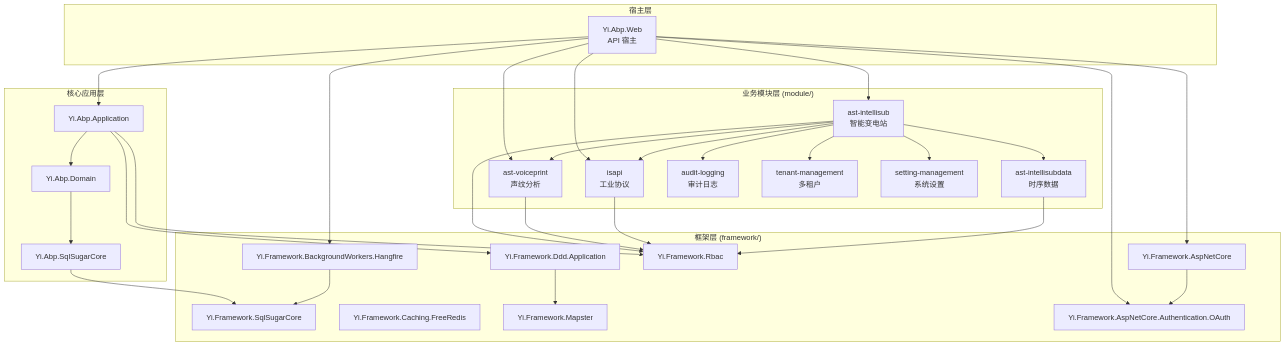
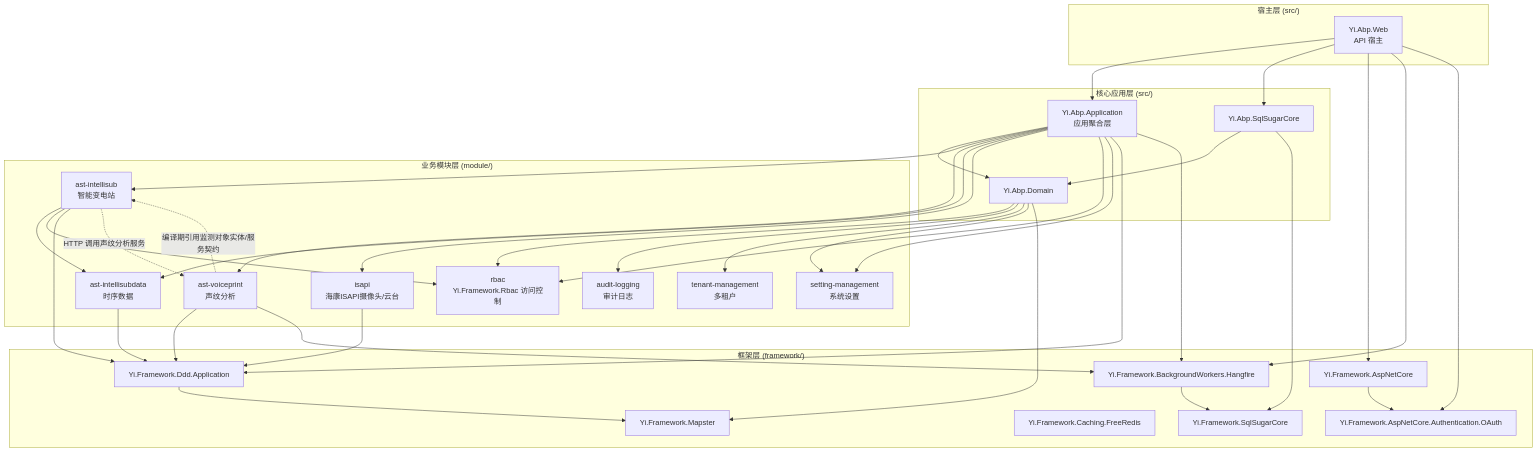
One commit to Zhoutenong/Obsidian_Voiceprint changed the diagram in voiceprint_backend_docs/Architecture/模块依赖关系.md. Above: the diagram before and after it, drawn with Mermaid. The commit also changed other lines of this file and 2 other files, not shown here.

````diff
--- a/voiceprint_backend_docs/Architecture/模块依赖关系.md
+++ b/voiceprint_backend_docs/Architecture/模块依赖关系.md
@@ -9,66 +11,73 @@
 ```mermaid
 graph TD
-    subgraph "宿主层"
+    subgraph "宿主层 (src/)"
         Web[Yi.Abp.Web<br/>API 宿主]
     end
 
-    subgraph "核心应用层"
-        App[Yi.Abp.Application]
+    subgraph "核心应用层 (src/)"
+        App[Yi.Abp.Application<br/>应用聚合层]
         Domain[Yi.Abp.Domain]
         SqlSugarCore[Yi.Abp.SqlSugarCore]
     end
 
     subgraph "框架层 (framework/)"
         AspNetCore[Yi.Framework.AspNetCore]
         BackgroundWorkers[Yi.Framework.BackgroundWorkers.Hangfire]
-        RbacFramework[Yi.Framework.Rbac]
         SqlSugarFramework[Yi.Framework.SqlSugarCore]
         CacheFramework[Yi.Framework.Caching.FreeRedis]
         DddAppFramework[Yi.Framework.Ddd.Application]
         MapsterFramework[Yi.Framework.Mapster]
         OAuthFramework[Yi.Framework.AspNetCore.Authentication.OAuth]
     end
 
     subgraph "业务模块层 (module/)"
         IntelliSub[ast-intellisub<br/>智能变电站]
         Voiceprint[ast-voiceprint<br/>声纹分析]
         IntelliSubData[ast-intellisubdata<br/>时序数据]
-        ISAPI[isapi<br/>工业协议]
+        ISAPI[isapi<br/>海康ISAPI摄像头/云台]
+        Rbac[rbac<br/>Yi.Framework.Rbac 访问控制]
         AuditLogging[audit-logging<br/>审计日志]
         TenantManagement[tenant-management<br/>多租户]
         SettingManagement[setting-management<br/>系统设置]
     end
 
     Web --> App
+    Web --> SqlSugarCore
     Web --> AspNetCore
     Web --> BackgroundWorkers
     Web --> OAuthFramework
 
     App --> Domain
-    Domain --> SqlSugarCore
+    App --> IntelliSub
+    App --> Voiceprint
+    App --> IntelliSubData
+    App --> ISAPI
+    App --> Rbac
+    App --> SettingManagement
+    App --> DddAppFramework
+    App --> BackgroundWorkers
+
+    Domain --> Rbac
+    Domain --> AuditLogging
+    Domain --> TenantManagement
+    Domain --> SettingManagement
+    Domain --> MapsterFramework
+
+    SqlSugarCore --> Domain
     SqlSugarCore --> SqlSugarFramework
 
-    App --> RbacFramework
-    App --> DddAppFramework
     DddAppFramework --> MapsterFramework
-
     AspNetCore --> OAuthFramework
     BackgroundWorkers --> SqlSugarFramework
 
-    Web --> IntelliSub
-    Web --> Voiceprint
-    Web --> ISAPI
+    IntelliSub --> IntelliSubData
+    IntelliSub --> Rbac
+    IntelliSub --> DddAppFramework
+    Voiceprint --> DddAppFramework
+    Voiceprint --> BackgroundWorkers
+    Voiceprint -. 编译期引用监测对象实体/服务契约 .-> IntelliSub
+    IntelliSubData --> DddAppFramework
+    ISAPI --> DddAppFramework
 
-    IntelliSub --> IntelliSubData
-    IntelliSub --> Voiceprint
-    IntelliSub --> ISAPI
-    IntelliSub --> RbacFramework
-
-    IntelliSub --> TenantManagement
-    IntelliSub --> SettingManagement
-    IntelliSub --> AuditLogging
-
-    Voiceprint --> RbacFramework
-    ISAPI --> RbacFramework
-    IntelliSubData --> RbacFramework
+    IntelliSub -. HTTP 调用声纹分析服务 .-> Voiceprint
 ```
````
